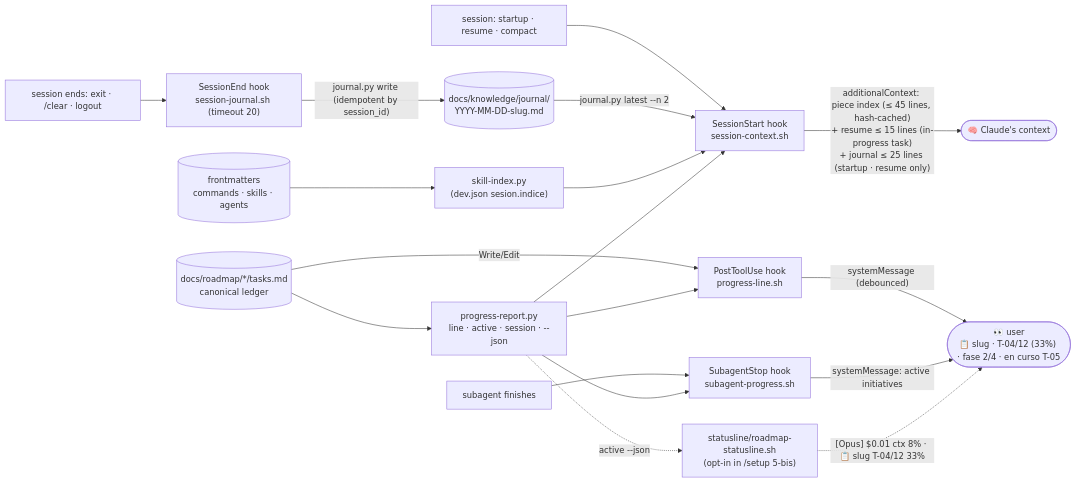
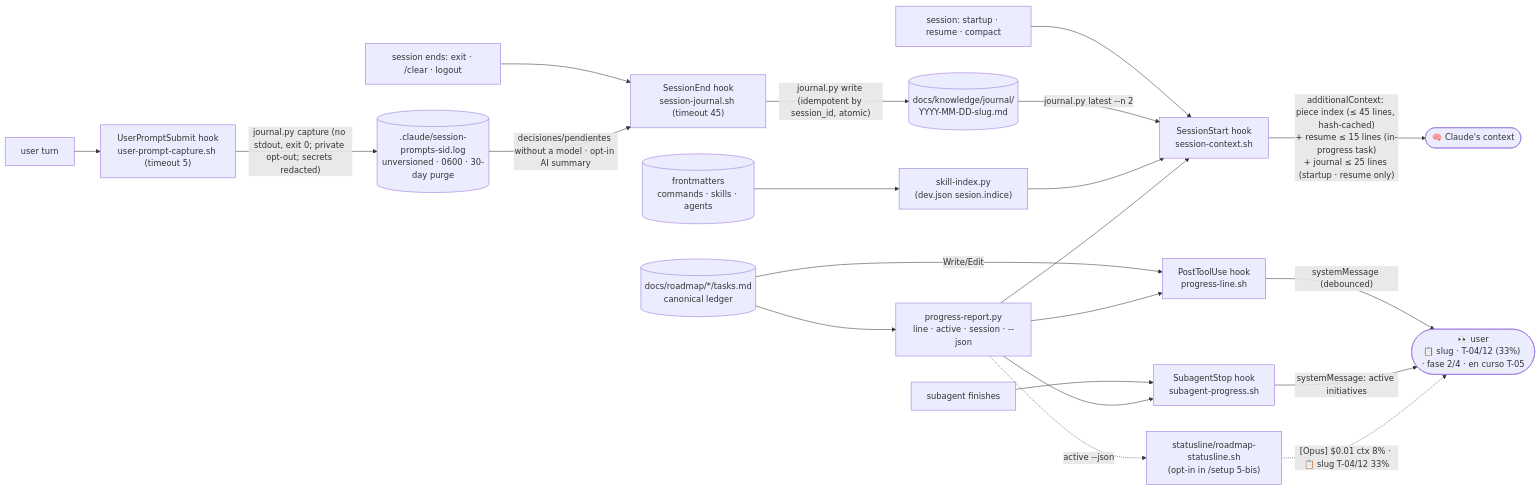
Before and after one commit to daycry/custom-agents: the tenth of 12 diagrams in docs/en/FLOWS.md, drawn with Mermaid. The commit also changed other lines of this file and 35 other files, not shown here.

````diff
--- a/docs/en/FLOWS.md
+++ b/docs/en/FLOWS.md
@@ -281,18 +286,21 @@
 ```mermaid
 flowchart LR
     L[("docs/roadmap/*/tasks.md<br/>canonical ledger")] -->|Write/Edit| H1["PostToolUse hook<br/>progress-line.sh"]
     H1 -->|"systemMessage (debounced)"| U(["👀 user<br/>📋 slug · T-04/12 (33%) · fase 2/4 · en curso T-05"])
     SA["subagent finishes"] --> H2["SubagentStop hook<br/>subagent-progress.sh"]
     H2 -->|"systemMessage: active initiatives"| U
     SS["session: startup · resume · compact"] --> H3["SessionStart hook<br/>session-context.sh"]
     H3 -->|"additionalContext: piece index (≤ 45 lines, hash-cached)<br/>+ resume ≤ 15 lines (in-progress task)<br/>+ journal ≤ 25 lines (startup · resume only)"| C(["🧠 Claude's context"])
-    SE["session ends: exit · /clear · logout"] --> H4["SessionEnd hook<br/>session-journal.sh (timeout 20)"]
-    H4 -->|"journal.py write (idempotent by session_id)"| J[("docs/knowledge/journal/<br/>YYYY-MM-DD-slug.md")]
+    UP["user turn"] --> H5["UserPromptSubmit hook<br/>user-prompt-capture.sh (timeout 5)"]
+    H5 -->|"journal.py capture (no stdout, exit 0; private opt-out; secrets redacted)"| LOG[(".claude/session-prompts-sid.log<br/>unversioned · 0600 · 30-day purge")]
+    SE["session ends: exit · /clear · logout"] --> H4["SessionEnd hook<br/>session-journal.sh (timeout 45)"]
+    LOG -->|"decisiones/pendientes without a model · opt-in AI summary"| H4
+    H4 -->|"journal.py write (idempotent by session_id, atomic)"| J[("docs/knowledge/journal/<br/>YYYY-MM-DD-slug.md")]
     J -->|"journal.py latest --n 2"| H3
     FM[("frontmatters<br/>commands · skills · agents")] --> SI["skill-index.py<br/>(dev.json sesion.indice)"]
     SI --> H3
     L --> P["progress-report.py<br/>line · active · session · --json"]
     P --> H1 & H2 & H3
     P -.->|"active --json"| SL["statusline/roadmap-statusline.sh<br/>(opt-in in /setup 5-bis)"]
     SL -.->|"[Opus] $0.01 ctx 8% · 📋 slug T-04/12 33%"| U
 ```
````
